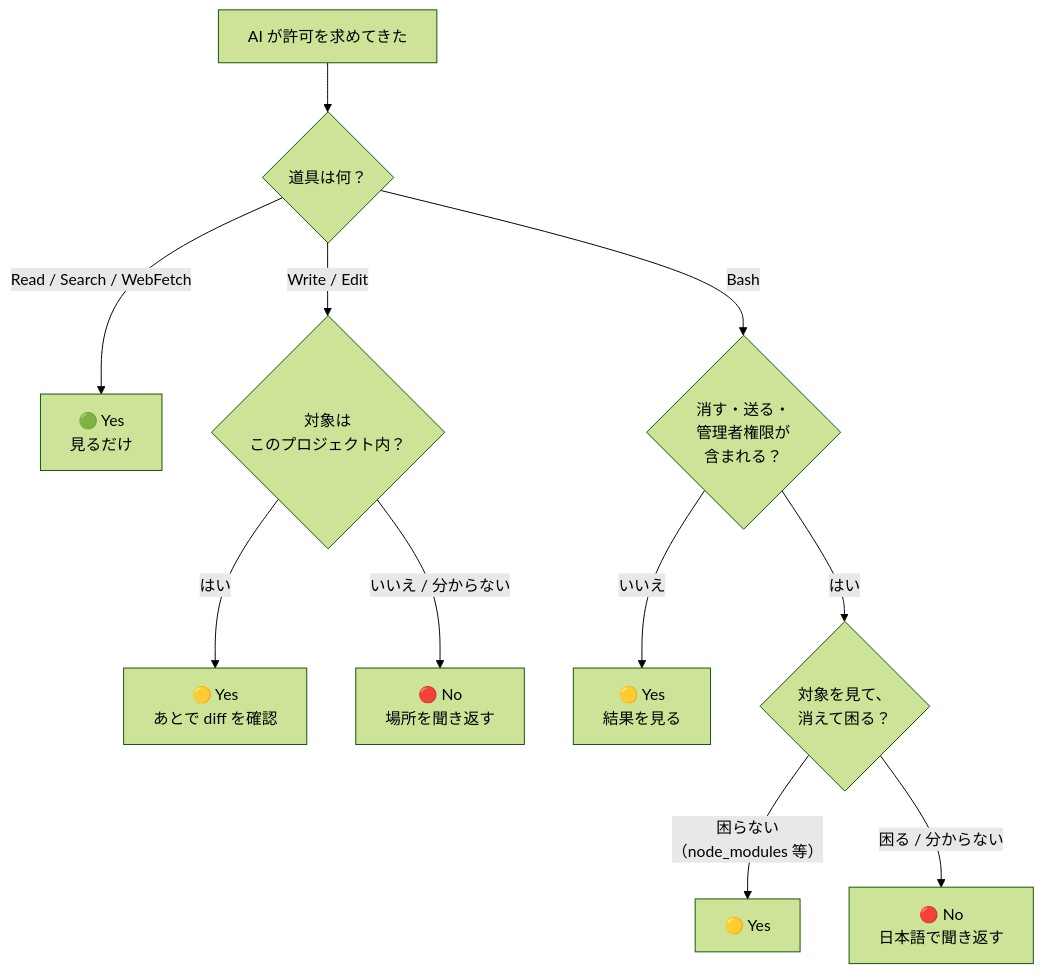
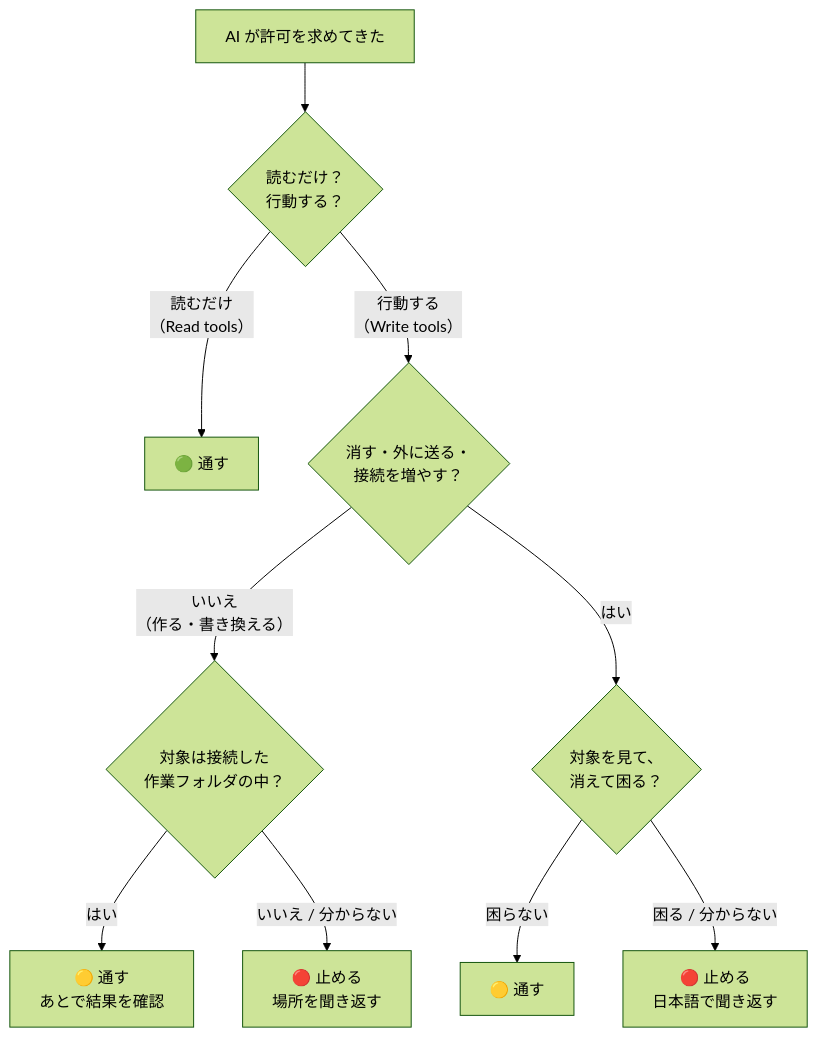
One commit to meikocho1/blog changed the diagram in books/claude-code-words-for-office/judge-yes-no.md. Above: the diagram before and after it, drawn with Mermaid (forest theme). The commit also changed other lines of this file and 37 other files, not shown here.

````diff
--- a/books/claude-code-words-for-office/judge-yes-no.md
+++ b/books/claude-code-words-for-office/judge-yes-no.md
@@ -12,13 +12,12 @@
 ```mermaid
 graph TD
-    S["AI が許可を求めてきた"] --> Q1{"道具は何？"}
-    Q1 -->|"Read / Search / WebFetch"| OK["🟢 Yes<br/>見るだけ"]
-    Q1 -->|"Write / Edit"| Q2{"対象は<br/>このプロジェクト内？"}
-    Q1 -->|"Bash"| Q3{"消す・送る・<br/>管理者権限が<br/>含まれる？"}
-    Q2 -->|"はい"| OK2["🟡 Yes<br/>あとで diff を確認"]
-    Q2 -->|"いいえ / 分からない"| STOP1["🔴 No<br/>場所を聞き返す"]
-    Q3 -->|"いいえ"| OK3["🟡 Yes<br/>結果を見る"]
-    Q3 -->|"はい"| Q4{"対象を見て、<br/>消えて困る？"}
-    Q4 -->|"困らない<br/>（node_modules 等）"| OK4["🟡 Yes"]
-    Q4 -->|"困る / 分からない"| STOP2["🔴 No<br/>日本語で聞き返す"]
+    S["AI が許可を求めてきた"] --> Q1{"読むだけ？<br/>行動する？"}
+    Q1 -->|"読むだけ<br/>（Read tools）"| OK["🟢 通す"]
+    Q1 -->|"行動する<br/>（Write tools）"| Q2{"消す・外に送る・<br/>接続を増やす？"}
+    Q2 -->|"いいえ<br/>（作る・書き換える）"| Q3{"対象は接続した<br/>作業フォルダの中？"}
+    Q2 -->|"はい"| Q4{"対象を見て、<br/>消えて困る？"}
+    Q3 -->|"はい"| OK2["🟡 通す<br/>あとで結果を確認"]
+    Q3 -->|"いいえ / 分からない"| STOP1["🔴 止める<br/>場所を聞き返す"]
+    Q4 -->|"困らない"| OK3["🟡 通す"]
+    Q4 -->|"困る / 分からない"| STOP2["🔴 止める<br/>日本語で聞き返す"]
 ```
````
